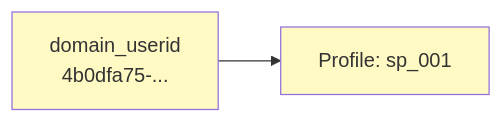
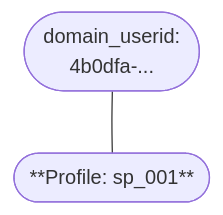
One commit to snowplow/documentation changed the first of 9 diagrams in docs/identities/concepts/index.md. Above: the diagram before and after it, drawn with Mermaid. The commit also changed other lines of this file and 2 other files, not shown here.

````diff
--- a/docs/identities/concepts/index.md
+++ b/docs/identities/concepts/index.md
@@ -41,11 +38,7 @@
 ```mermaid
-graph LR
-    A["domain_userid
-    4b0dfa75-..."]
-    B["Profile: sp_001"]
+graph TD
+    A(["domain_userid:<br/>4b0dfa-..."])
+    B(["**Profile: sp_001**"])
 
-    A --> B
-
-    style A fill:#fff9c4
-    style B fill:#fff9c4
+    A --- B
 ```
````
